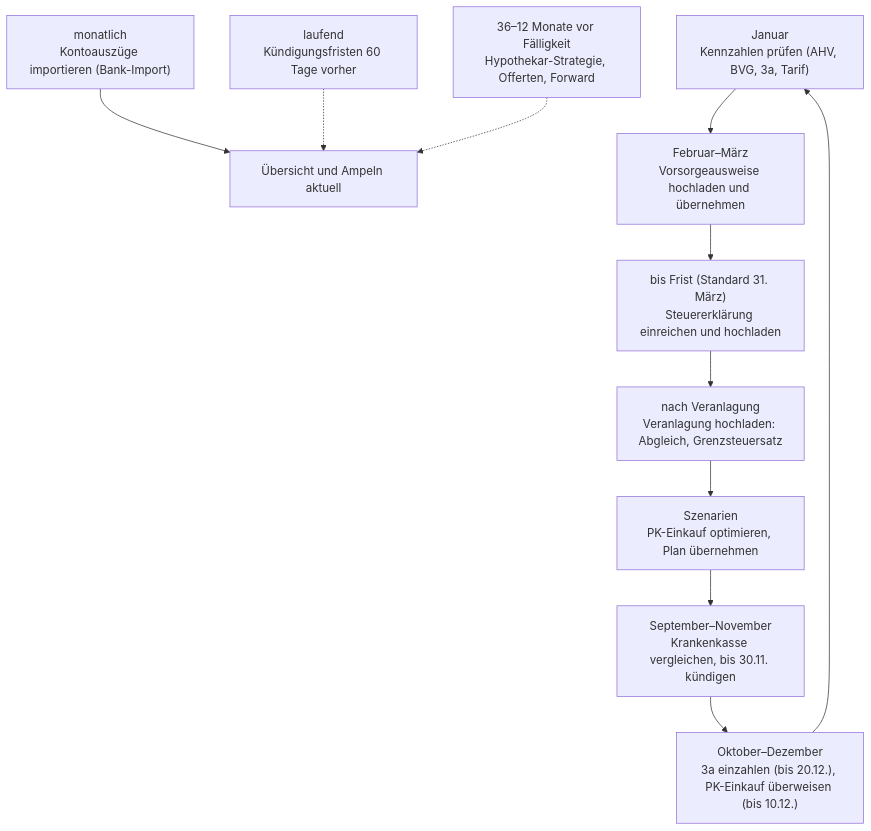
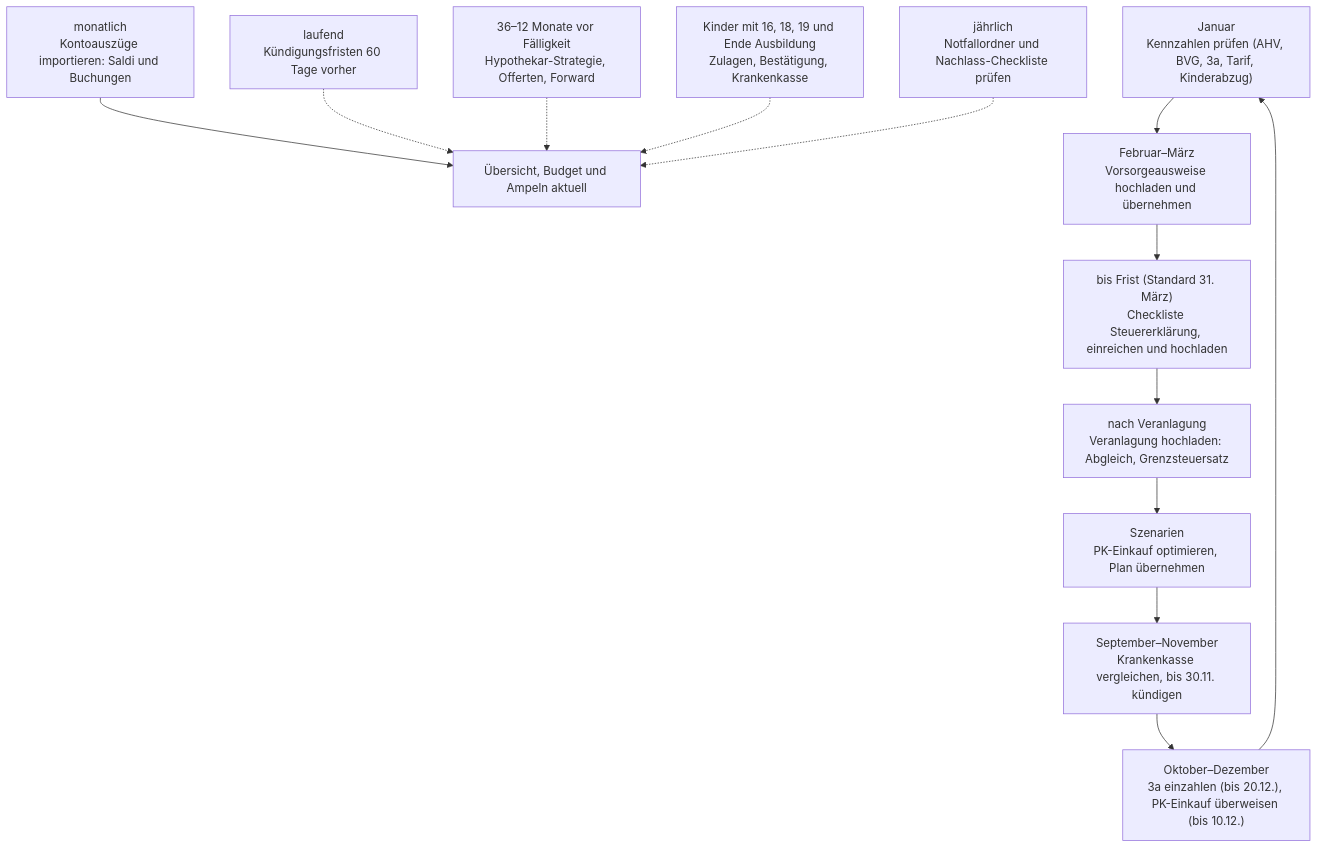
One commit to khu1985/finanz-ha changed the diagram in docs/prozess-jahr.mmd. Above: the diagram before and after it, drawn with Mermaid. The commit also changed 15 other files, not shown here.

First line of the commit message:
Doku: Diagramme auf Stand 0.16.0, automatische Prüfung der Dokumentation

```diff
--- a/docs/prozess-jahr.mmd
+++ b/docs/prozess-jahr.mmd
@@ -1,11 +1,13 @@
 flowchart TD
-    M["monatlich<br/>Kontoauszüge importieren (Bank-Import)"] --> UE["Übersicht und Ampeln aktuell"]
-    J["Januar<br/>Kennzahlen prüfen (AHV, BVG, 3a, Tarif)"] --> F
+    M["monatlich<br/>Kontoauszüge importieren: Saldi und Buchungen"] --> UE["Übersicht, Budget und Ampeln aktuell"]
+    J["Januar<br/>Kennzahlen prüfen (AHV, BVG, 3a, Tarif, Kinderabzug)"] --> F
     F["Februar–März<br/>Vorsorgeausweise hochladen und übernehmen"] --> SE
-    SE["bis Frist (Standard 31. März)<br/>Steuererklärung einreichen und hochladen"] --> VE
+    SE["bis Frist (Standard 31. März)<br/>Checkliste Steuererklärung, einreichen und hochladen"] --> VE
     VE["nach Veranlagung<br/>Veranlagung hochladen: Abgleich, Grenzsteuersatz"] --> SZ
     SZ["Szenarien<br/>PK-Einkauf optimieren, Plan übernehmen"] --> KV
     KV["September–November<br/>Krankenkasse vergleichen, bis 30.11. kündigen"] --> DZ
     DZ["Oktober–Dezember<br/>3a einzahlen (bis 20.12.), PK-Einkauf überweisen (bis 10.12.)"] --> J
     VT["laufend<br/>Kündigungsfristen 60 Tage vorher"] -.-> UE
     HY["36–12 Monate vor Fälligkeit<br/>Hypothekar-Strategie, Offerten, Forward"] -.-> UE
+    KD["Kinder mit 16, 18, 19 und Ende Ausbildung<br/>Zulagen, Bestätigung, Krankenkasse"] -.-> UE
+    NO["jährlich<br/>Notfallordner und Nachlass-Checkliste prüfen"] -.-> UE
```
